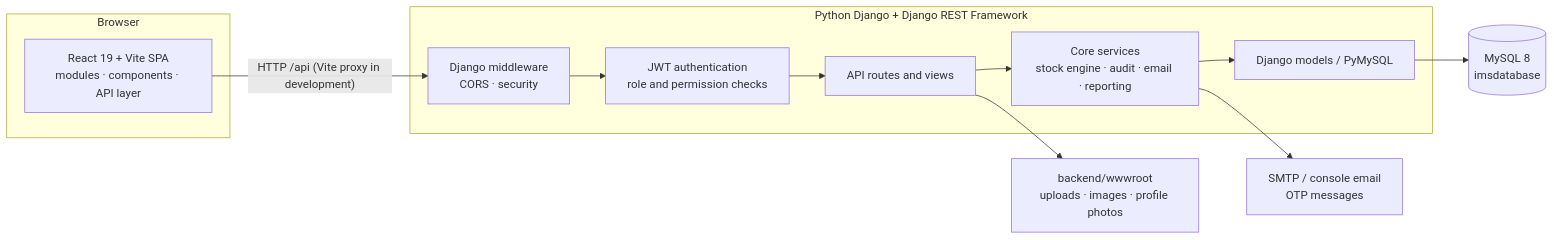
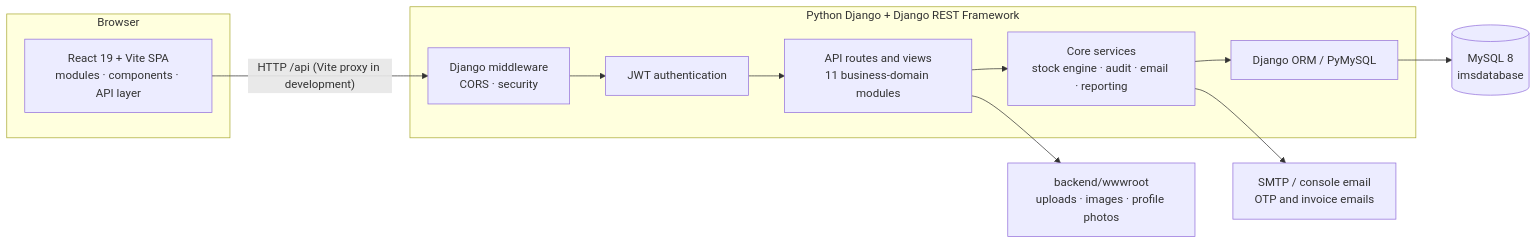
The first of 2 diagrams in README.md (Harinath2112/Enterprise-WMS-Inventory-Control-Hub), drawn with Mermaid before and after one commit. The commit also changed other lines of this file, not shown here.

````diff
--- a/README.md
+++ b/README.md
@@ -118,22 +106,22 @@
 ```mermaid
 flowchart LR
     subgraph Client["Browser"]
         UI["React 19 + Vite SPA<br/>modules · components · API layer"]
     end
 
     subgraph API["Python Django + Django REST Framework"]
         MW["Django middleware<br/>CORS · security"]
-        AUTH["JWT authentication<br/>role and permission checks"]
-        VIEWS["API routes and views"]
+        AUTH["JWT authentication"]
+        VIEWS["API routes and views<br/>11 business-domain modules"]
         CORE["Core services<br/>stock engine · audit · email · reporting"]
-        ORM["Django models / PyMySQL"]
+        ORM["Django ORM / PyMySQL"]
     end
 
     DB[("MySQL 8<br/>imsdatabase")]
-    SMTP["SMTP / console email<br/>OTP messages"]
+    SMTP["SMTP / console email<br/>OTP and invoice emails"]
     FILES["backend/wwwroot<br/>uploads · images · profile photos"]
 
     UI -- "HTTP /api (Vite proxy in development)" --> MW --> AUTH --> VIEWS --> CORE --> ORM --> DB
     CORE --> SMTP
     VIEWS --> FILES
 ```
````
